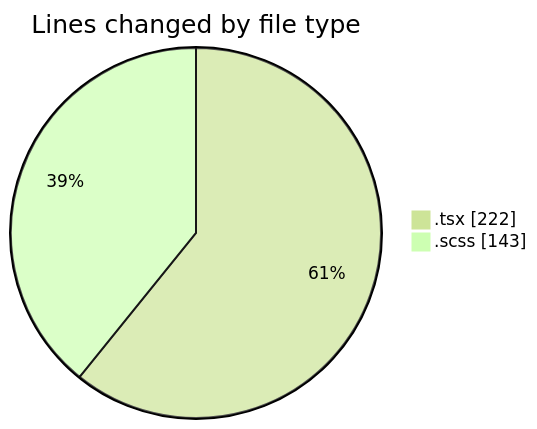
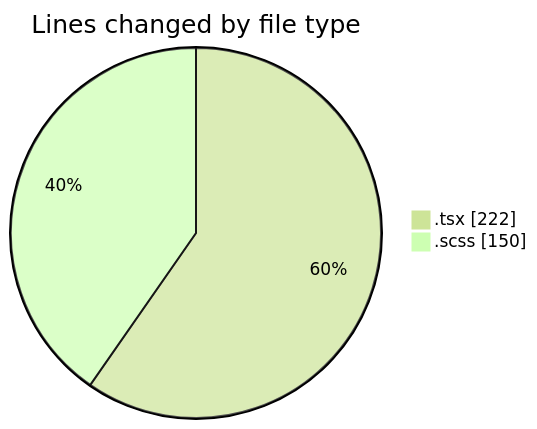
One commit to momahboobian/code-tracking changed the first of 2 diagrams in 2026-04-16/cda/README.md. Above: the diagram before and after it, drawn with Mermaid (forest theme). The commit also changed other lines of this file and 1 other file, not shown here.

````diff
--- a/2026-04-16/cda/README.md
+++ b/2026-04-16/cda/README.md
@@ -22,6 +22,6 @@
 ```mermaid
 pie showData
 title Lines changed by file type
 ".tsx" : 222
-".scss" : 143
+".scss" : 150
 ```
````
